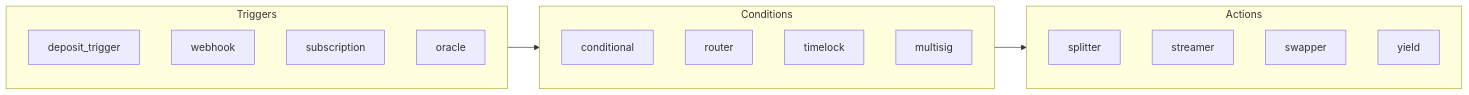
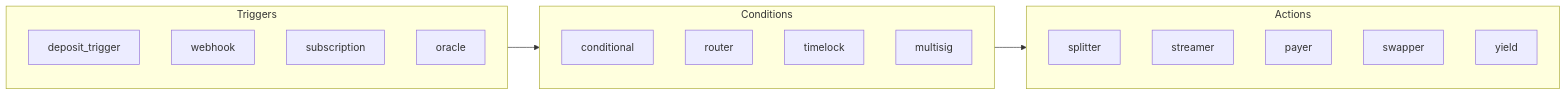
The third of 3 diagrams in docs/whitepaper/PAIFLOW_WHITEPAPER.md (SaltinStillWaters/paiflow), drawn with Mermaid before and after one commit. The commit also changed other lines of this file, not shown here.

````diff
--- a/docs/whitepaper/PAIFLOW_WHITEPAPER.md
+++ b/docs/whitepaper/PAIFLOW_WHITEPAPER.md
@@ -214,22 +227,23 @@
 ```mermaid
 flowchart LR
     subgraph Triggers
         T1[deposit_trigger]
         T2[webhook]
         T3[subscription]
         T4[oracle]
     end
     subgraph Conditions
         C1[conditional]
         C2[router]
         C3[timelock]
         C4[multisig]
     end
     subgraph Actions
         A1[splitter]
         A2[streamer]
-        A3[swapper]
-        A4[yield]
+        A3[payer]
+        A4[swapper]
+        A5[yield]
     end
     Triggers --> Conditions --> Actions
 ```
````
